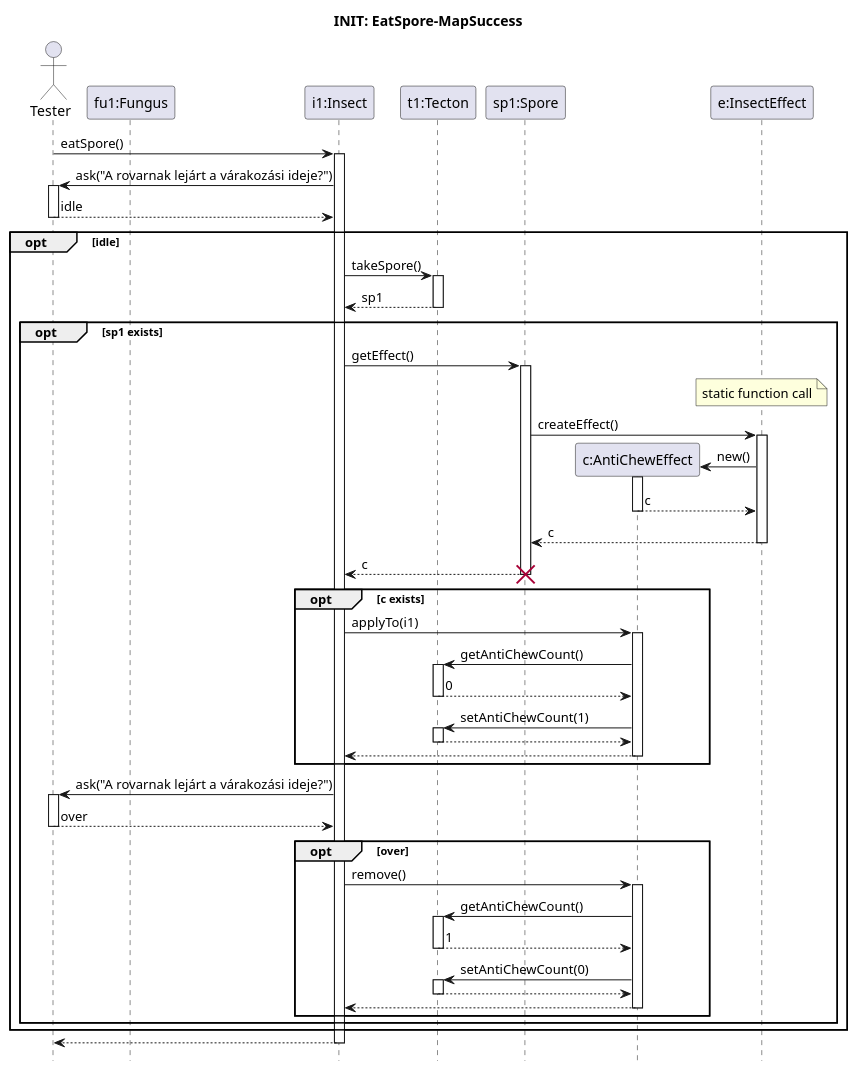
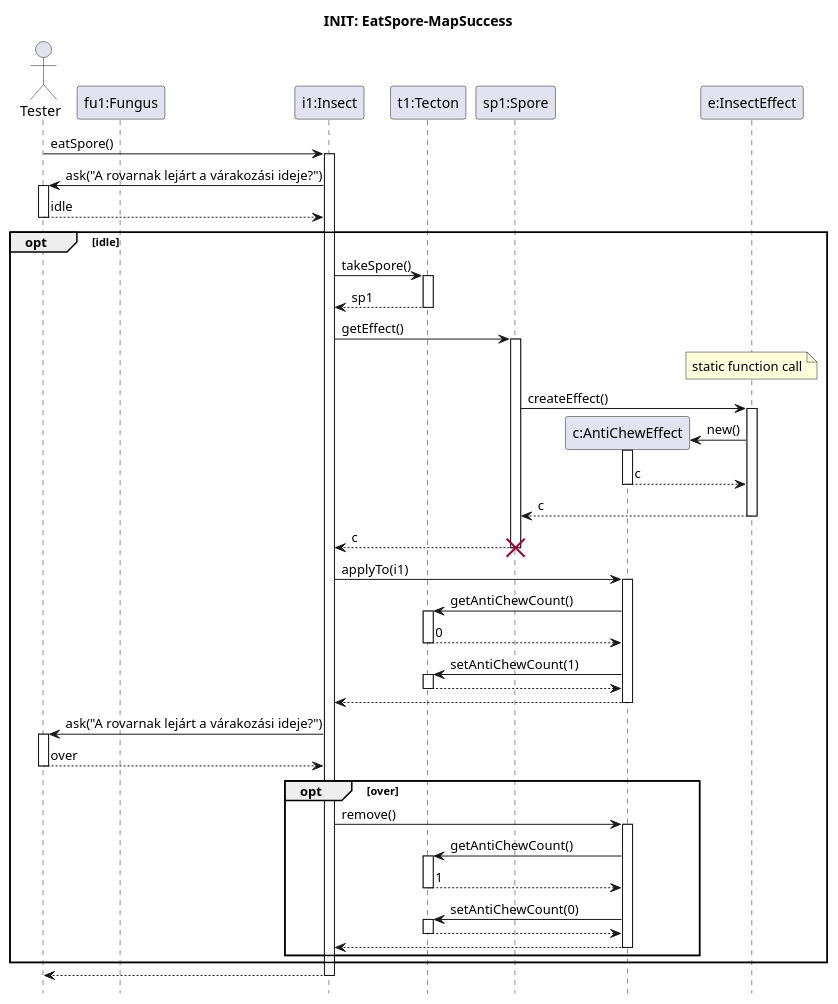
One commit to ZD4ve/projlab-error521 changed the diagram in Skeleton/Eat-spore/get-anticheweffect.pu. Above: the diagram before and after it, drawn with PlantUML. The commit also changed 3 other files, not shown here.

```diff
--- a/Skeleton/Eat-spore/get-anticheweffect.pu
+++ b/Skeleton/Eat-spore/get-anticheweffect.pu
@@ -1,83 +1,79 @@
 @startuml Eat-spore/get-get-anticheweffect
 hide footbox
 
 title INIT: EatSpore-MapSuccess
 
 actor Tester as S
 
 participant "fu1:Fungus" as fu1
 participant "i1:Insect" as i1
 participant "t1:Tecton" as t1
 participant "sp1:Spore" as sp1
 participant "c:AntiChewEffect" as c
 participant "e:InsectEffect" as e
 
 S -> i1 : eatSpore()
 activate i1
 
 S <- i1 : ask("A rovarnak lejárt a várakozási ideje?")
 activate S
 return idle
 
 opt idle
     i1 -> t1 : takeSpore()
     activate t1
 
     return sp1
 
-    opt sp1 exists
-        i1 -> sp1 : getEffect()
-        note over e : static function call
-        activate sp1
+    i1 -> sp1 : getEffect()
+    note over e : static function call
+    activate sp1
 
-        sp1 -> e : createEffect()
-        activate e
+    sp1 -> e : createEffect()
+    activate e
 
-        create c
-        e -> c : new()
+    create c
+    e -> c : new()
+    activate c
+
+    return c
+
+    return c
+    return c
+    destroy sp1
+
+    i1 -> c : applyTo(i1)
+    activate c
+    c -> t1 : getAntiChewCount()
+    activate t1
+    return 0
+
+    c -> t1 : setAntiChewCount(1)
+    activate t1
+    return
+
+    return
+    
+    i1 -> S : ask("A rovarnak lejárt a várakozási ideje?")
+    activate S
+    return over
+
+    opt over
+        i1 -> c : remove()
         activate c
+        
+        c -> t1 : getAntiChewCount()
+        activate t1
+        return 1
 
-        return c
+        c -> t1 : setAntiChewCount(0)
+        activate t1
+        return
 
-        return c
-        return c
-        destroy sp1
-
-        opt c exists
-            i1 -> c : applyTo(i1)
-            activate c
-            c -> t1 : getAntiChewCount()
-            activate t1
-            return 0
-
-            c -> t1 : setAntiChewCount(1)
-            activate t1
-            return
-
-            return
-        end
-        i1 -> S : ask("A rovarnak lejárt a várakozási ideje?")
-        activate S
-        return over
-
-        opt over
-            i1 -> c : remove()
-            activate c
-            
-            c -> t1 : getAntiChewCount()
-            activate t1
-            return 1
-
-            c -> t1 : setAntiChewCount(0)
-            activate t1
-            return
-
-            return    
-        end
-
+        return    
     end
 end
 
 return
 
 @enduml
```
